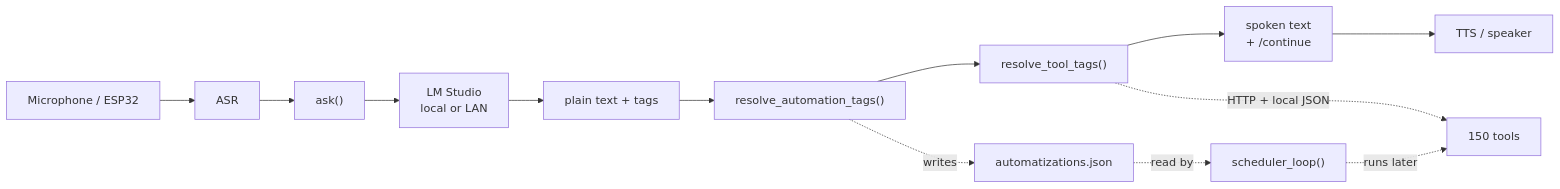
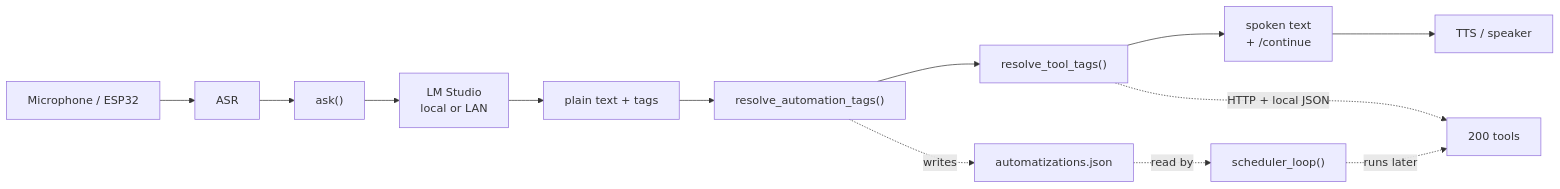
The diagram in LLM/README.md (conzola/kate), drawn with Mermaid before and after one commit. The commit also changed other lines of this file and 1 other file, not shown here.

Commit message:
Added 50 more tools to README.md files

````diff
--- a/LLM/README.md
+++ b/LLM/README.md
@@ -122,15 +122,15 @@
 ```mermaid
 flowchart LR
     A["Microphone / ESP32"] --> B["ASR"]
     B --> C["ask()"]
     C --> D["LM Studio<br/>local or LAN"]
     D --> E["plain text + tags"]
     E --> F["resolve_automation_tags()"]
     F --> G["resolve_tool_tags()"]
     G --> H["spoken text<br/>+ /continue"]
     H --> I["TTS / speaker"]
-    G -. "HTTP + local JSON" .-> J["150 tools"]
+    G -. "HTTP + local JSON" .-> J["200 tools"]
     F -. "writes" .-> K["automatizations.json"]
     K -. "read by" .-> L["scheduler_loop()"]
     L -. "runs later" .-> J
 ```
````
